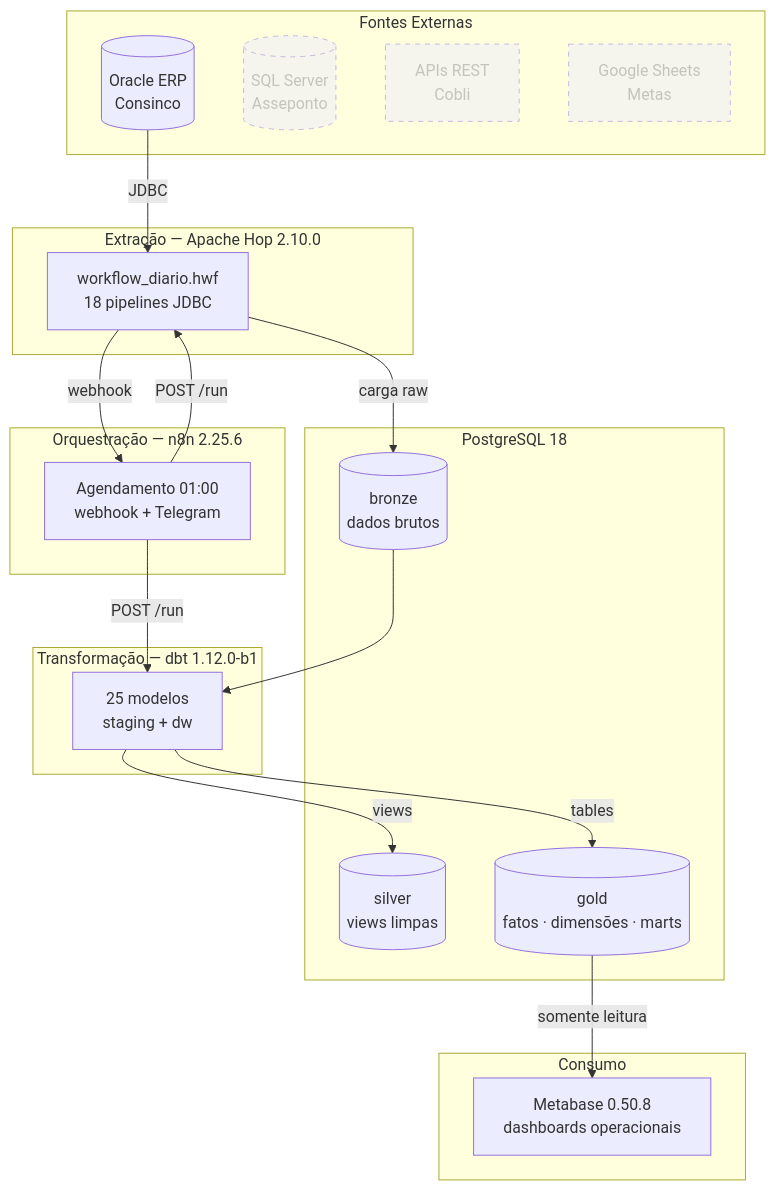
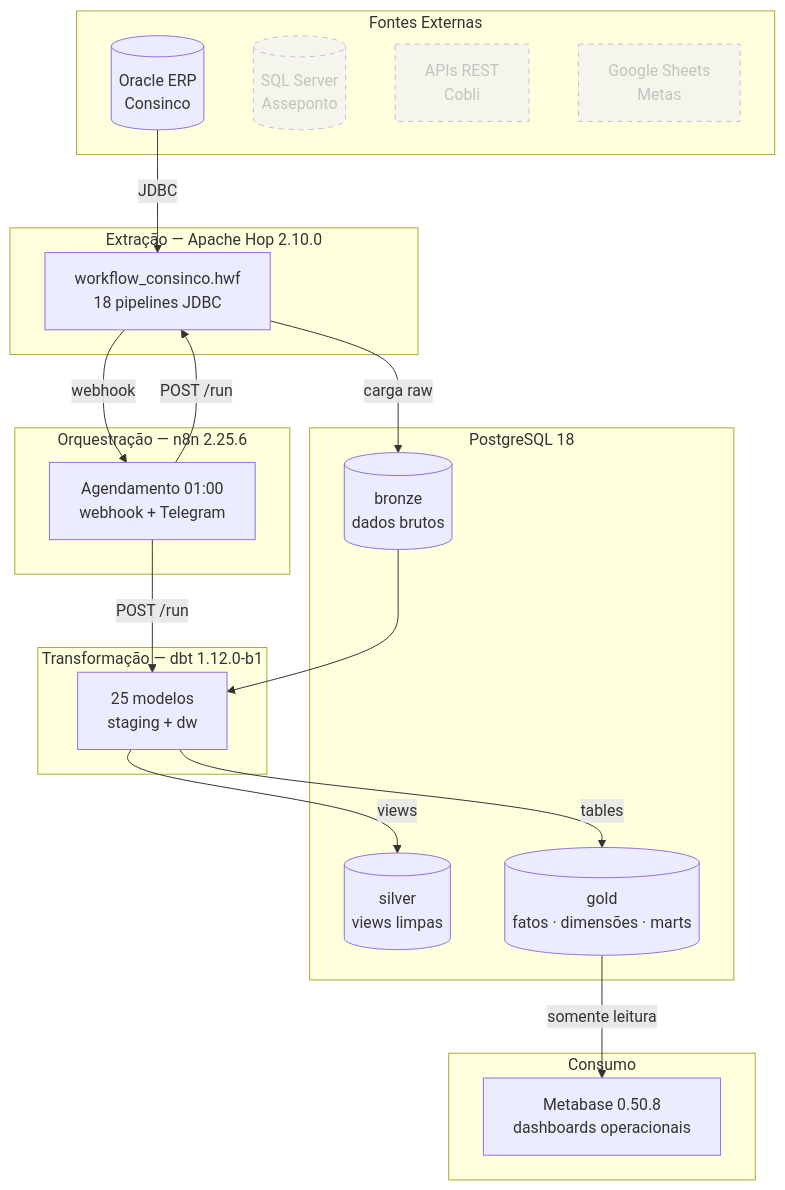
The diagram in README.md (MauroSergioA/retail-data-pipelines), drawn with Mermaid before and after one commit. The commit also changed other lines of this file and 2 other files, not shown here.

First line of the commit message:
refactor: rename workflow_diario.hwf → workflow_consinco.hwf

````diff
--- a/README.md
+++ b/README.md
@@ -37,43 +37,43 @@
 ```mermaid
 graph TB
     subgraph Fontes["Fontes Externas"]
         Oracle[(Oracle ERP\nConsinco)]
         SQLS[(SQL Server\nAsseponto)]:::planned
         API[APIs REST\nCobli]:::planned
         GS[Google Sheets\nMetas]:::planned
     end
 
     subgraph Orquestração["Orquestração — n8n 2.25.6"]
         n8n[Agendamento 01:00\nwebhook + Telegram]
     end
 
     subgraph Extração["Extração — Apache Hop 2.10.0"]
-        Hop[workflow_diario.hwf\n18 pipelines JDBC]
+        Hop[workflow_consinco.hwf\n18 pipelines JDBC]
     end
 
     subgraph Armazenamento["PostgreSQL 18"]
         bronze[(bronze\ndados brutos)]
         silver[(silver\nviews limpas)]
         gold[(gold\nfatos · dimensões · marts)]
     end
 
     subgraph Transformação["Transformação — dbt 1.12.0-b1"]
         dbt[25 modelos\nstaging + dw]
     end
 
     subgraph Consumo["Consumo"]
         MB[Metabase 0.50.8\ndashboards operacionais]
     end
 
     Oracle -->|JDBC| Hop
     n8n -->|POST /run| Hop
     Hop -->|carga raw| bronze
     Hop -->|webhook| n8n
     n8n -->|POST /run| dbt
     bronze --> dbt
     dbt -->|views| silver
     dbt -->|tables| gold
     gold -->|somente leitura| MB
 
     classDef planned stroke-dasharray: 5 5, opacity: 0.5
 ```
````
